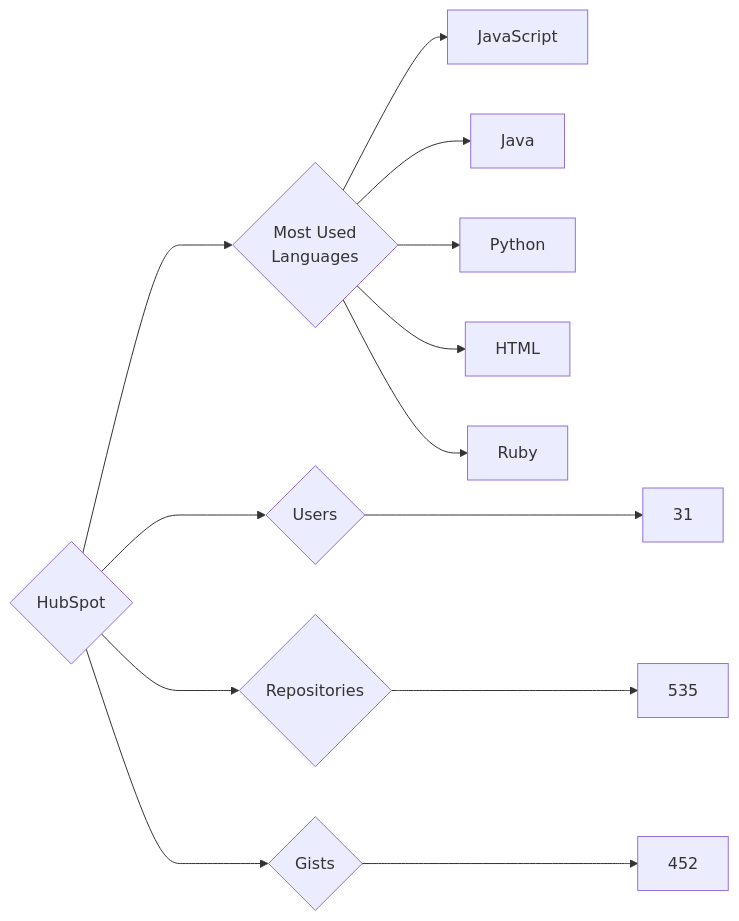
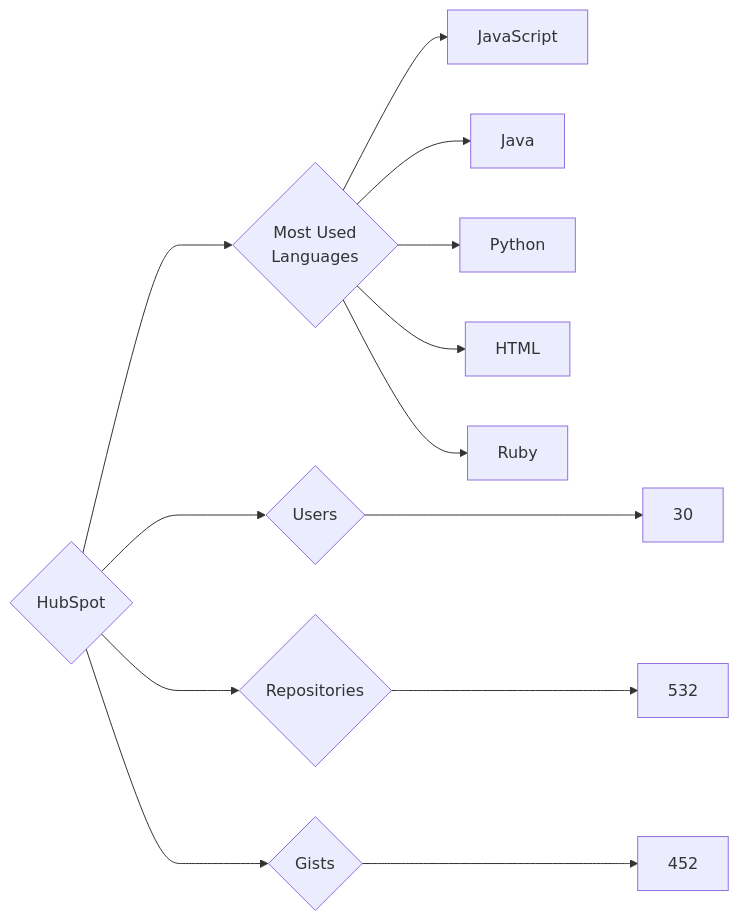
One commit to trickest/insiders changed the diagram in targets/HubSpot/README.md. Above: the diagram before and after it, drawn with Mermaid. The commit also changed 891 other files, not shown here.

````diff
--- a/targets/HubSpot/README.md
+++ b/targets/HubSpot/README.md
@@ -3,13 +3,13 @@
 ```mermaid
 graph LR
 COMPANY_NAME{HubSpot}
-COMPANY_NAME ---> U{Users} ---> UN[31]
-COMPANY_NAME ---> R{Repositories} ---> RN[535]
+COMPANY_NAME ---> U{Users} ---> UN[30]
+COMPANY_NAME ---> R{Repositories} ---> RN[532]
 COMPANY_NAME ---> G{Gists} ---> GN[452]
 COMPANY_NAME ---> ML{Most Used<br>Languages}
 ML --> JavaScript[JavaScript]
 ML --> Java[Java]
 ML --> Python[Python]
 ML --> HTML[HTML]
 ML --> Ruby[Ruby]
 ```
````
